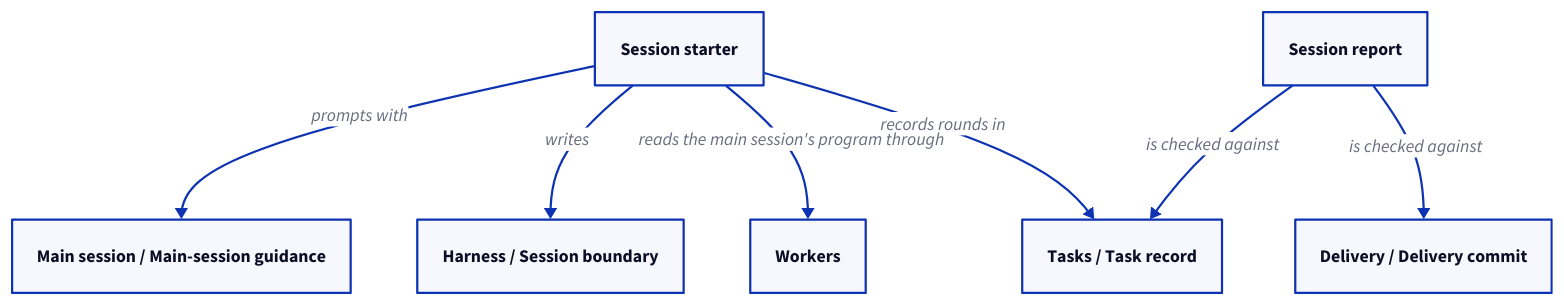
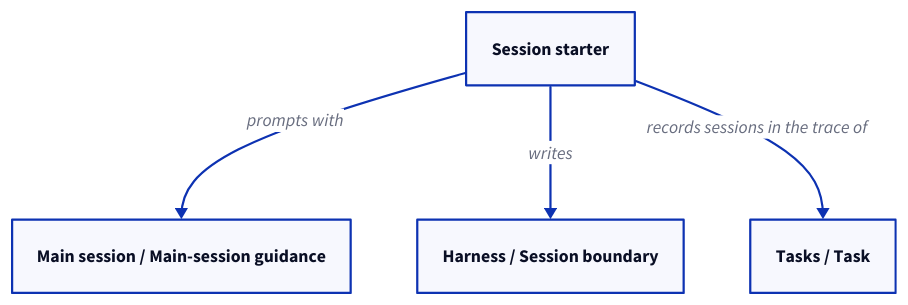
Before and after one commit to FTOD/concorde: the fourth of 4 diagrams in specs/concorde/coordination/task-session/module.md, drawn with D2. The commit also changed other lines of this file and 92 other files, not shown here.

First line of the commit message:
Drop pi from the main-session side: main agent and task sessions run on Claude Code only

````diff
--- a/specs/concorde/coordination/task-session/module.md
+++ b/specs/concorde/coordination/task-session/module.md
@@ -385,15 +254,9 @@
 ```d2
 starter: Session starter
-report: Session report
 guidance: Main session / Main-session guidance
 boundary: Harness / Session boundary
-workers: Workers
-record: Tasks / Task record
-commits: Delivery / Delivery commit
+task: Tasks / Task
 starter -> guidance: prompts with
 starter -> boundary: writes
-starter -> workers: reads the main session's program through
-starter -> record: records rounds in
-report -> record: is checked against
-report -> commits: is checked against
+starter -> task: records sessions in the trace of
 ```
````
